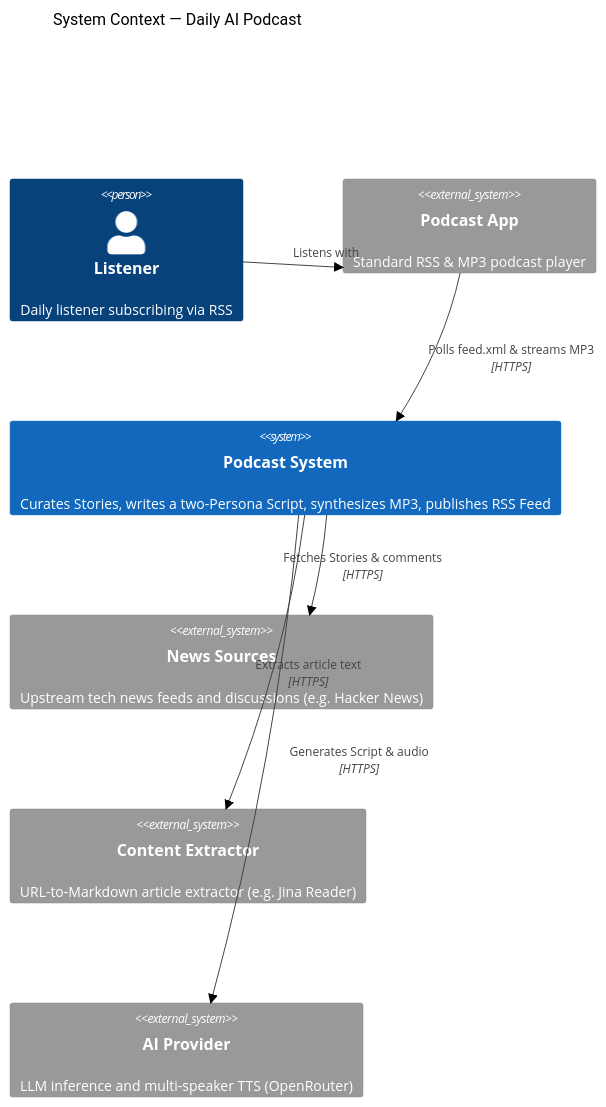
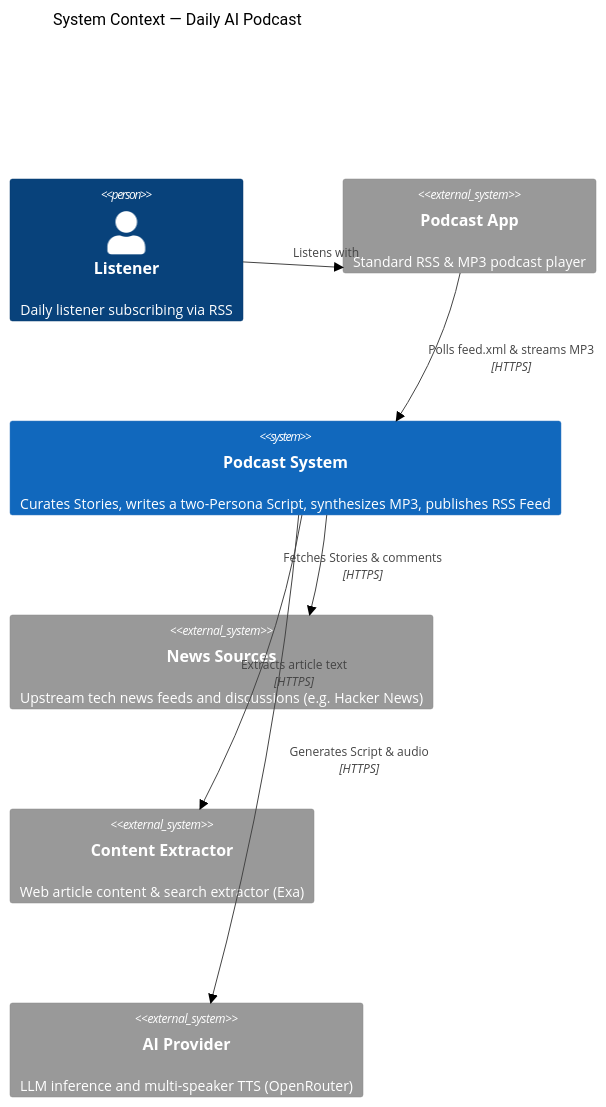
The diagram in docs/architecture/context.mmd (matheusccouto/podcast), drawn with Mermaid (neutral theme) before and after one commit. The commit also changed 36 other files, not shown here.

```diff
--- a/docs/architecture/context.mmd
+++ b/docs/architecture/context.mmd
@@ -1,23 +1,23 @@
 C4Context
     title System Context — Daily AI Podcast
 
     Person(listener, "Listener", "Daily listener subscribing via RSS")
     System_Ext(player, "Podcast App", "Standard RSS & MP3 podcast player")
 
     System(podcast, "Podcast System", "Curates Stories, writes a two-Persona Script, synthesizes MP3, publishes RSS Feed")
 
     System_Ext(sources, "News Sources", "Upstream tech news feeds and discussions (e.g. Hacker News)")
-    System_Ext(extractor, "Content Extractor", "URL-to-Markdown article extractor (e.g. Jina Reader)")
+    System_Ext(extractor, "Content Extractor", "Web article content & search extractor (Exa)")
     System_Ext(ai, "AI Provider", "LLM inference and multi-speaker TTS (OpenRouter)")
 
     Rel(listener, player, "Listens with")
     Rel(player, podcast, "Polls feed.xml & streams MP3", "HTTPS")
     Rel(podcast, sources, "Fetches Stories & comments", "HTTPS")
     Rel(podcast, extractor, "Extracts article text", "HTTPS")
     Rel(podcast, ai, "Generates Script & audio", "HTTPS")
 
     UpdateRelStyle(listener, player, $offsetY="-15")
     UpdateRelStyle(podcast, sources, $offsetX="-35", $offsetY="-10")
     UpdateRelStyle(podcast, extractor, $offsetX="-10")
     UpdateRelStyle(podcast, ai, $offsetX="35", $offsetY="-10")
     UpdateLayoutConfig($c4ShapeInRow="2", $c4BoundaryInRow="1")
```
